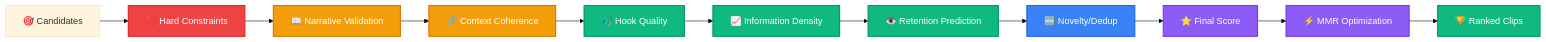
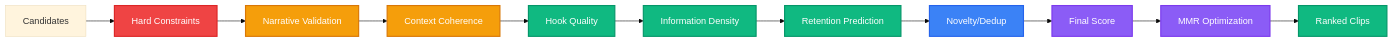
One commit to samm329-ui/Trimora_v2 changed the sixth of 7 diagrams in README.md. Above: the diagram before and after it, drawn with Mermaid (base theme). The commit also changed other lines of this file, not shown here.

Commit message:
fix: remove emojis from all Mermaid diagrams for GitHub rendering

````diff
--- a/README.md
+++ b/README.md
@@ -672,24 +672,24 @@
 ```mermaid
 flowchart LR
-    C["🎯 Candidates"] --> HC["🚫 Hard Constraints"]
-    HC --> NV["📖 Narrative Validation"]
-    NV --> CTX["🔗 Context Coherence"]
-    CTX --> HQ["🎣 Hook Quality"]
-    HQ --> ID["📈 Information Density"]
-    ID --> RP["👁️ Retention Prediction"]
-    RP --> ND["🆕 Novelty/Dedup"]
-    ND --> FINAL["⭐ Final Score"]
-    FINAL --> MMR["⚡ MMR Optimization"]
-    MMR --> RANKED["🏆 Ranked Clips"]
+    C["Candidates"] --> HC["Hard Constraints"]
+    HC --> NV["Narrative Validation"]
+    NV --> CTX["Context Coherence"]
+    CTX --> HQ["Hook Quality"]
+    HQ --> ID["Information Density"]
+    ID --> RP["Retention Prediction"]
+    RP --> ND["Novelty/Dedup"]
+    ND --> FINAL["Final Score"]
+    FINAL --> MMR["MMR Optimization"]
+    MMR --> RANKED["Ranked Clips"]
 
     style HC fill:#ef4444,color:#fff,stroke:#dc2626,stroke-width:2px
     style NV fill:#f59e0b,color:#fff,stroke:#d97706,stroke-width:2px
     style CTX fill:#f59e0b,color:#fff,stroke:#d97706,stroke-width:2px
     style HQ fill:#10b981,color:#fff,stroke:#059669,stroke-width:2px
     style ID fill:#10b981,color:#fff,stroke:#059669,stroke-width:2px
     style RP fill:#10b981,color:#fff,stroke:#059669,stroke-width:2px
     style ND fill:#3b82f6,color:#fff,stroke:#2563eb,stroke-width:2px
     style FINAL fill:#8b5cf6,color:#fff,stroke:#7c3aed,stroke-width:2px
     style MMR fill:#8b5cf6,color:#fff,stroke:#7c3aed,stroke-width:2px
     style RANKED fill:#10b981,color:#fff,stroke:#059669,stroke-width:2px
 ```
````
